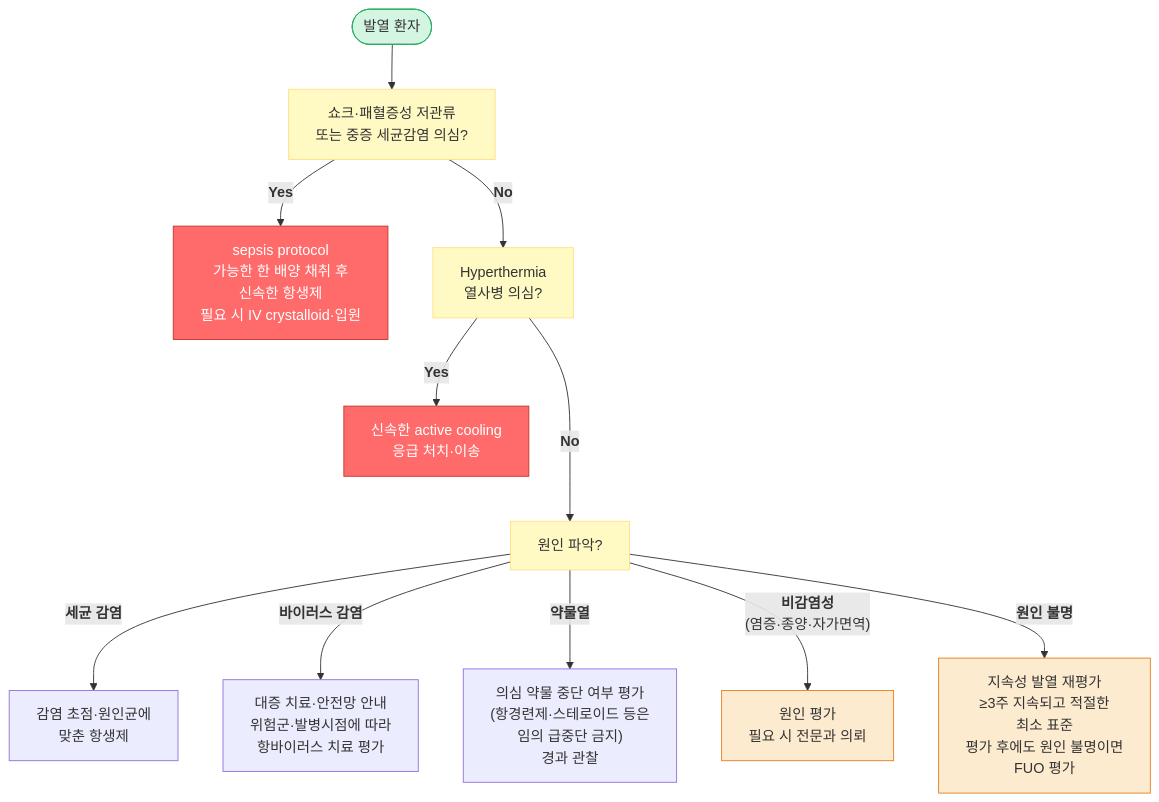
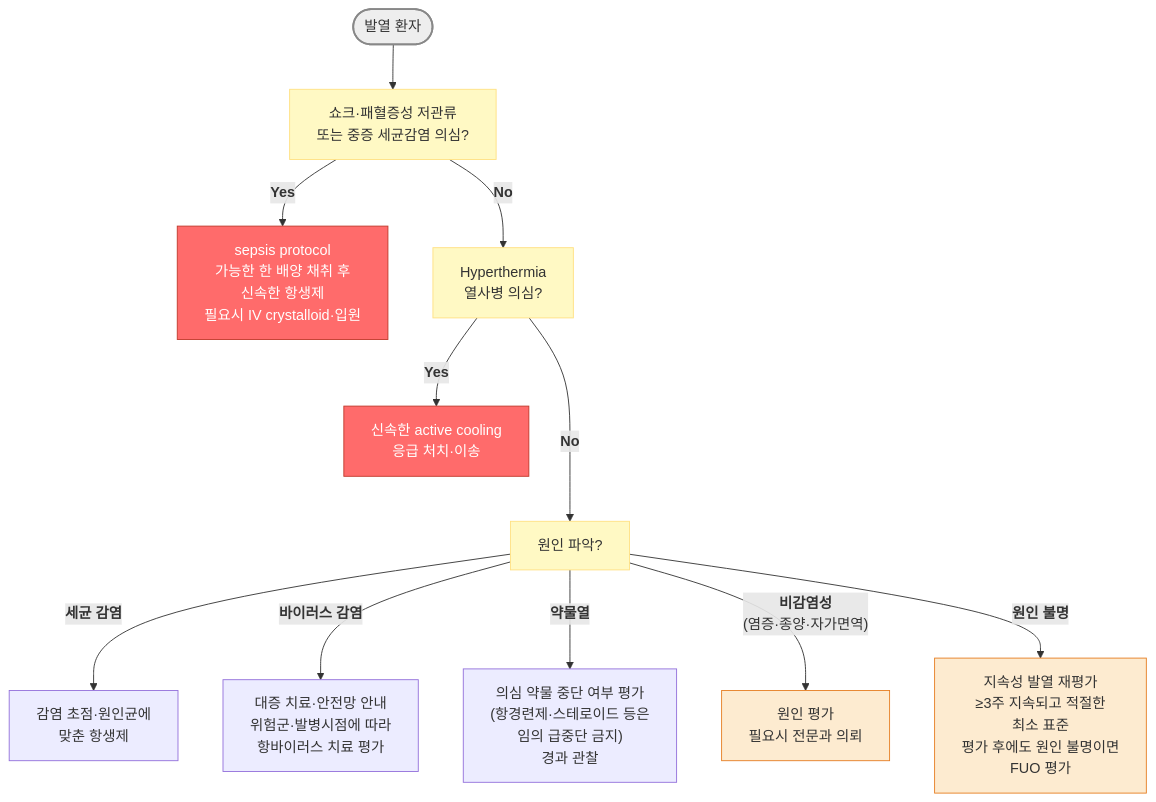
Before and after one commit to familyoh77/familyoh77: the second of 2 diagrams in 220_/011_-fever.md, drawn with Mermaid. The commit also changed other lines of this file and 3 other files, not shown here.

````diff
--- a/220_/011_-fever.md
+++ b/220_/011_-fever.md
@@ -256,21 +263,21 @@
 ```mermaid
 graph TD
     A([발열 환자]) --> B[쇼크·패혈증성 저관류<br/>또는 중증 세균감염 의심?]
-    B -->|<b>Yes</b>| C["sepsis protocol<br/>가능한 한 배양 채취 후 <br/>신속한 항생제<br/>필요 시 IV crystalloid·입원"]
+    B -->|<b>Yes</b>| C["sepsis protocol<br/>가능한 한 배양 채취 후 <br/>신속한 항생제<br/>필요시 IV crystalloid·입원"]
     B -->|<b>No</b>| D[Hyperthermia<br/>열사병 의심?]
     D -->|<b>Yes</b>| E["신속한 active cooling<br/>응급 처치·이송"]
     D --->|<b>No</b>| F[원인 파악?]
     F -->|<b>세균 감염</b>| G["감염 초점·원인균에 <br/>맞춘 항생제"]
     F -->|<b>바이러스 감염</b>| H["대증 치료·안전망 안내<br/>위험군·발병시점에 따라<br/>항바이러스 치료 평가"]
     F -->|<b>약물열</b>| I["의심 약물 중단 여부 평가<br/>(항경련제·스테로이드 등은<br/>임의 급중단 금지)<br/>경과 관찰"]
-    F -->|"<b>비감염성</b><br/>(염증·종양·자가면역)"| J["원인 평가<br/>필요 시 전문과 의뢰"]
+    F -->|"<b>비감염성</b><br/>(염증·종양·자가면역)"| J["원인 평가<br/>필요시 전문과 의뢰"]
     F -->|<b>원인 불명</b>| K["지속성 발열 재평가<br/>≥3주 지속되고 적절한 <br/>최소 표준<br/>평가 후에도 원인 불명이면 <br/>FUO 평가"]
     classDef red    fill:#ff6b6b,stroke:#c0392b,color:#fff
-    classDef green  fill:#d5f5e3,stroke:#27ae60
+    classDef start  fill:#eeeeee,stroke:#888888,stroke-width:2px
     classDef yellow fill:#fff9c4,stroke:#ffe082
     classDef orange fill:#fdebd0,stroke:#e67e22
-    class A green
+    class A start
     class C,E red
     class B,D,F yellow
     class J,K orange
 ```
````
